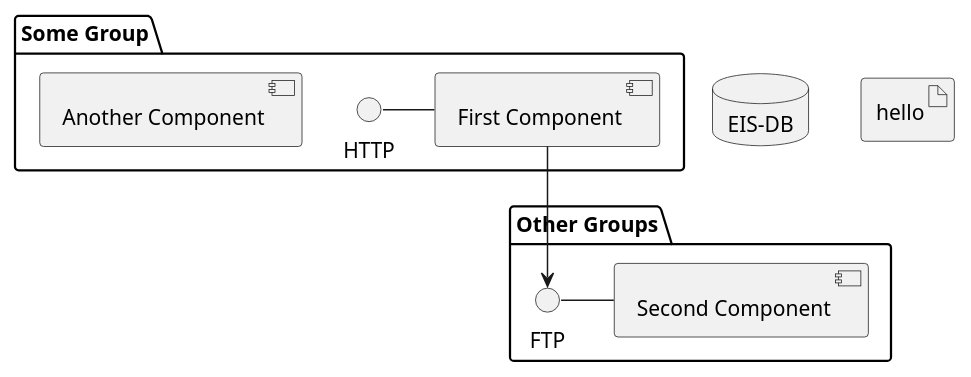
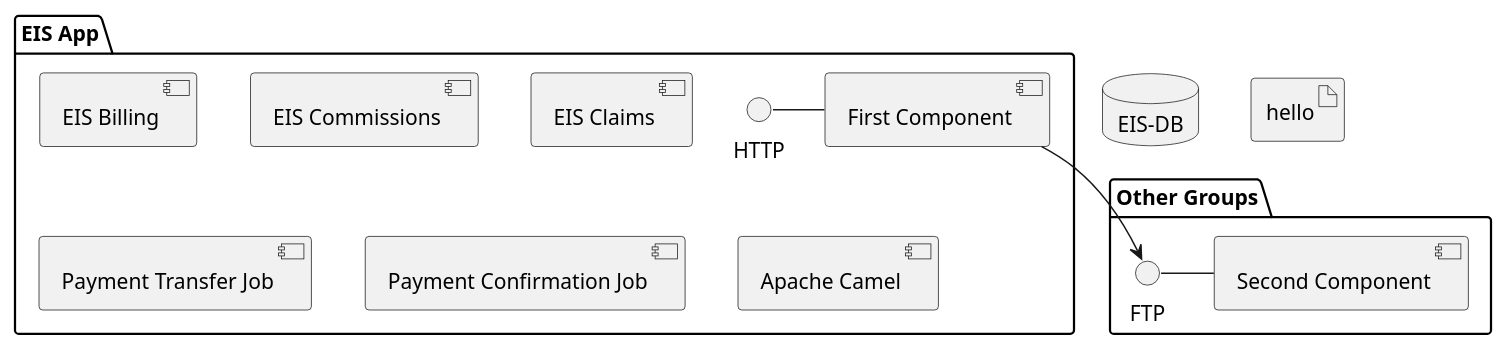
The diagram in deployment-diagram.puml (evgueni-spb/bootcamp), drawn with PlantUML before and after one commit. The commit also changed 1 other file, not shown here.

Commit message:
updated qq use case diagram, updated payment deployment diagram

```diff
--- a/deployment-diagram.puml
+++ b/deployment-diagram.puml
@@ -1,20 +1,25 @@
 @startuml
 
-package "Some Group" {
+package "EIS App" {
 HTTP - [First Component]
-[Another Component]
+[EIS Billing]
+[EIS Commissions]
+[EIS Claims]
+[Payment Transfer Job]
+[Payment Confirmation Job]
+[Apache Camel]
 }
 
 database EIS-DB {
 
 }
 
 artifact hello
 
 package "Other Groups" {
 FTP - [Second Component]
 
 [First Component] --> FTP
 }
 
 @enduml
```
